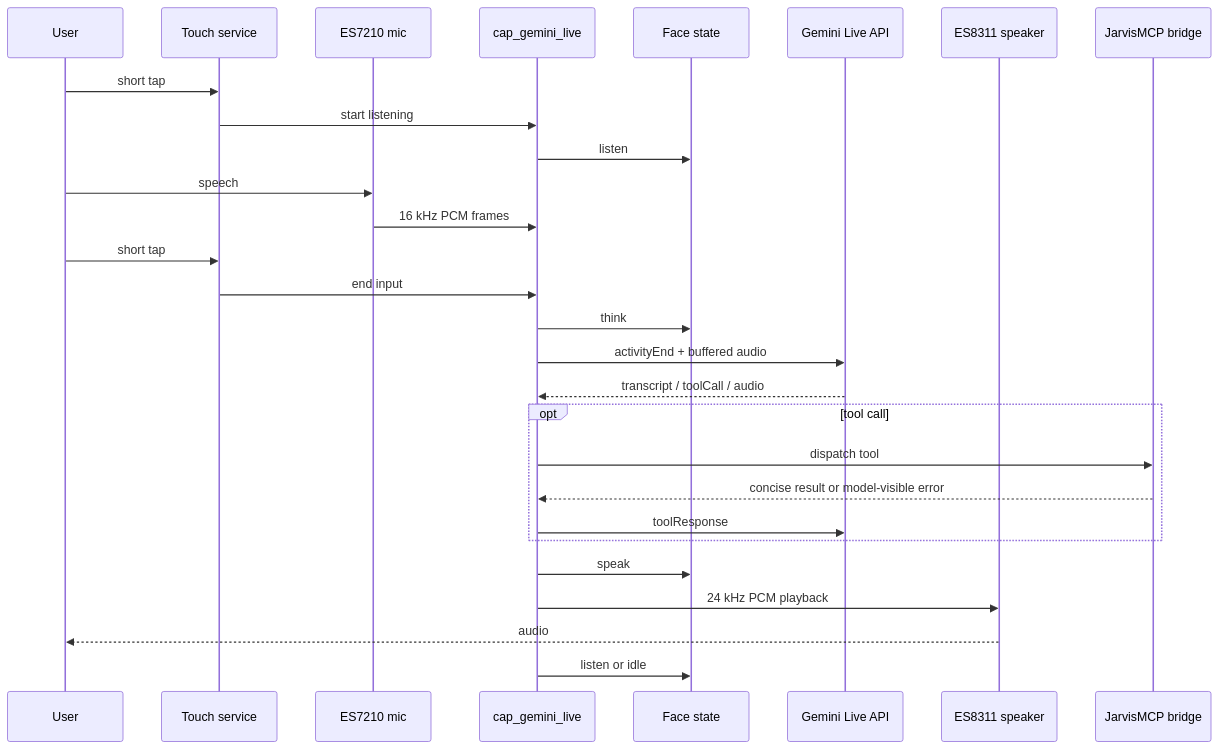
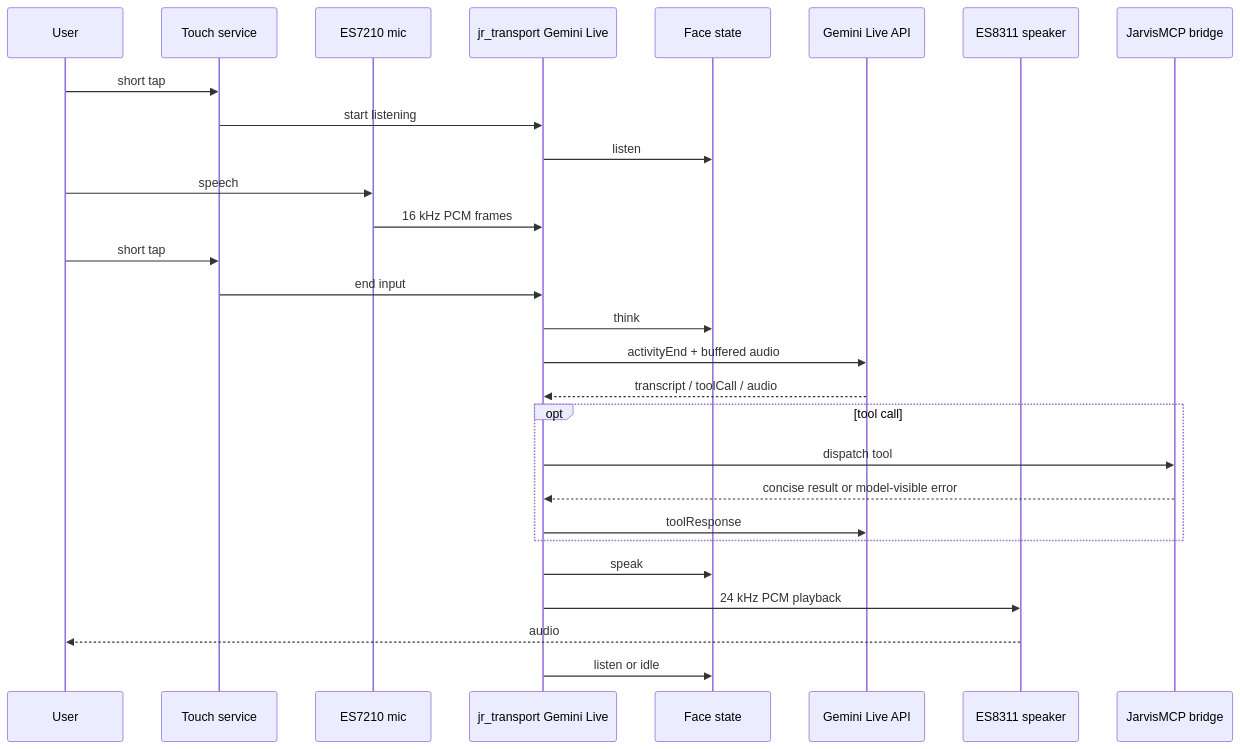
The second of 5 diagrams in docs/ARCHITECTURE.md (PascalAI2024/JarvisNano), drawn with Mermaid before and after one commit. The commit also changed other lines of this file and 43 other files, not shown here.

````diff
--- a/docs/ARCHITECTURE.md
+++ b/docs/ARCHITECTURE.md
@@ -121,31 +111,31 @@
 ```mermaid
 sequenceDiagram
     participant U as User
     participant T as Touch service
     participant A as ES7210 mic
-    participant GL as cap_gemini_live
+    participant GL as jr_transport Gemini Live
     participant F as Face state
     participant G as Gemini Live API
     participant S as ES8311 speaker
     participant M as JarvisMCP bridge
 
     U->>T: short tap
     T->>GL: start listening
     GL->>F: listen
     U->>A: speech
     A->>GL: 16 kHz PCM frames
     U->>T: short tap
     T->>GL: end input
     GL->>F: think
     GL->>G: activityEnd + buffered audio
     G-->>GL: transcript / toolCall / audio
     opt tool call
         GL->>M: dispatch tool
         M-->>GL: concise result or model-visible error
         GL->>G: toolResponse
     end
     GL->>F: speak
     GL->>S: 24 kHz PCM playback
     S-->>U: audio
     GL->>F: listen or idle
 ```
````
